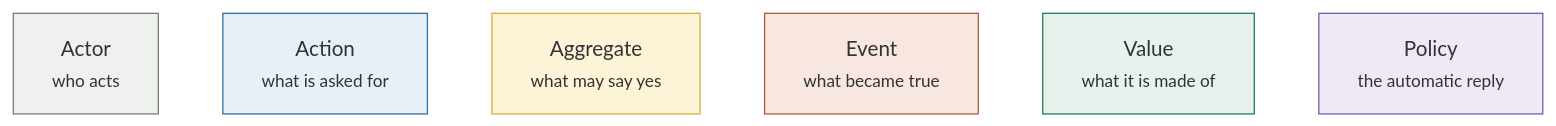
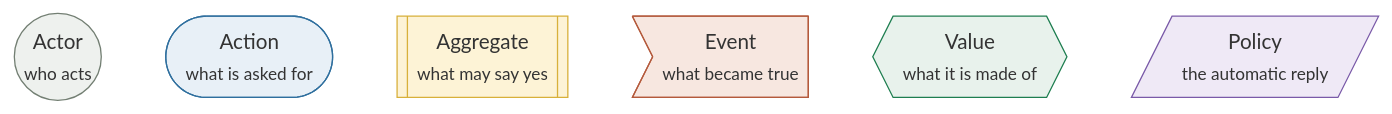
The first of 5 diagrams in docs/site/pages/overview/requirements.md (FantasyWiki/FantasyWiki), drawn with Mermaid before and after one commit. The commit also changed other lines of this file and 20 other files, not shown here.

````diff
--- a/docs/site/pages/overview/requirements.md
+++ b/docs/site/pages/overview/requirements.md
@@ -28,21 +54,21 @@
 ```mermaid
 flowchart LR
-  A["Actor<br/><small>who acts</small>"]
-  C["Action<br/><small>what is asked for</small>"]
-  G["Aggregate<br/><small>what may say yes</small>"]
-  E["Event<br/><small>what became true</small>"]
-  V["Value<br/><small>what it is made of</small>"]
-  P["Policy<br/><small>the automatic reply</small>"]
+  A(("Actor<br/><small>who acts</small>"))
+  C(["Action<br/><small>what is asked for</small>"])
+  G[["Aggregate<br/><small>what may say yes</small>"]]
+  E>"Event<br/><small>what became true</small>"]
+  V{{"Value<br/><small>what it is made of</small>"}}
+  P[/"Policy<br/><small>the automatic reply</small>"/]
 
   A --- C --- G --- E --- V --- P
 
   classDef actor fill:#eef1ee,stroke:#737f73;
   classDef action fill:#e8f0f7,stroke:#2f6f9e;
   classDef agg fill:#fdf3d6,stroke:#d8b03a;
   classDef event fill:#f7e7e0,stroke:#b45a3c;
   classDef value fill:#e8f2ec,stroke:#1e7e50;
   classDef policy fill:#efe9f6,stroke:#7a5aa8;
   class A actor; class C action; class G agg; class E event; class V value; class P policy;
 
   linkStyle 0,1,2,3,4 stroke-width:0px;
 ```
````
